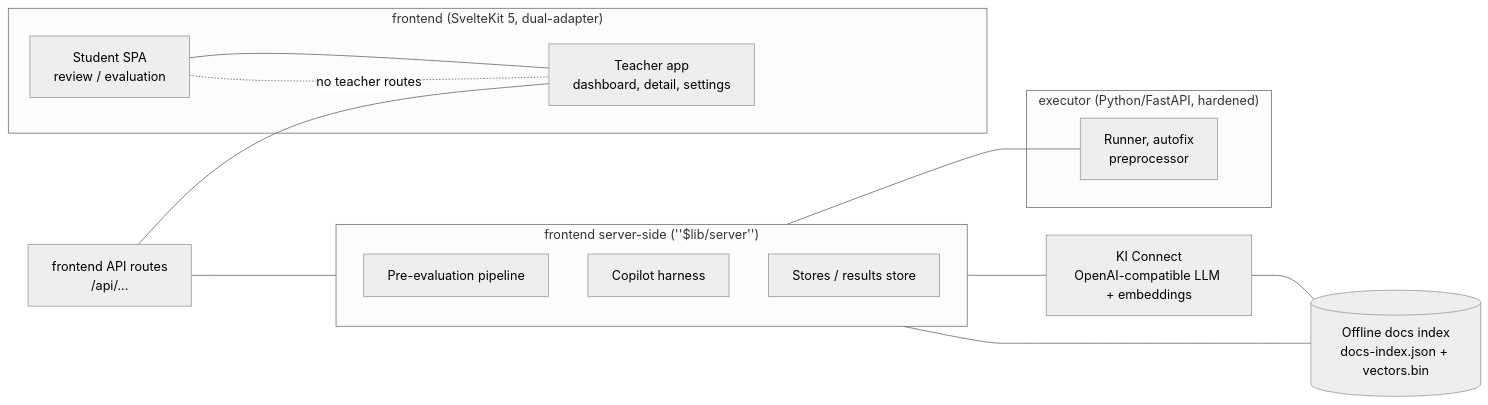
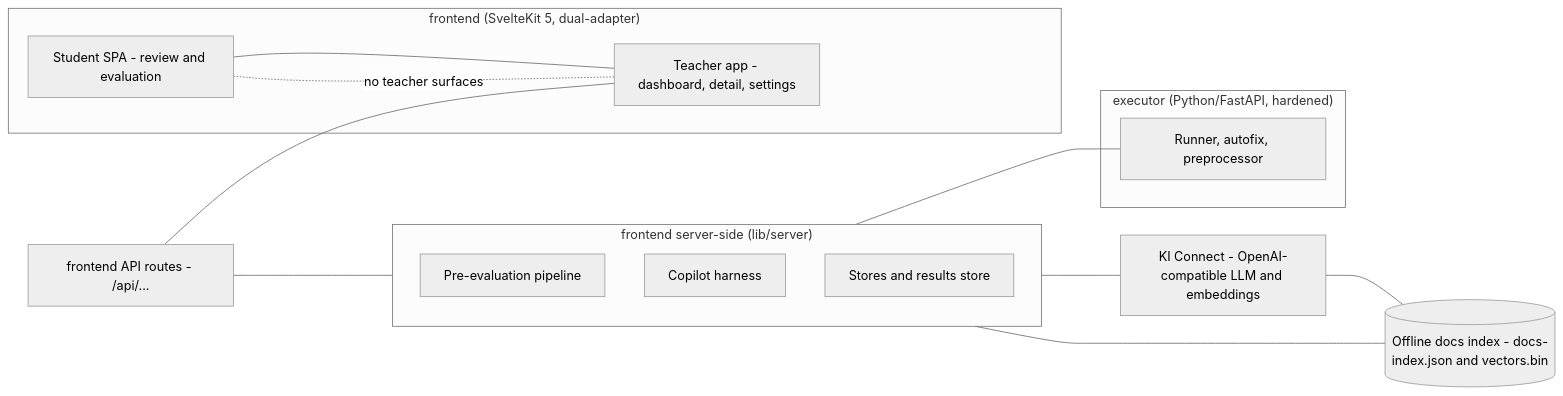
Before and after one commit to EmKaCe/scipro_review: the first of 3 diagrams in .github/references/architecture.md, drawn with Mermaid (neutral theme). The commit also changed other lines of this file and 1 other file, not shown here.

First line of the commit message:
docs: fix mermaid rendering + stale claims in architecture/concepts

````diff
--- a/.github/references/architecture.md
+++ b/.github/references/architecture.md
@@ -37,21 +37,21 @@
 ```mermaid
 flowchart LR
     subgraph frontend["frontend (SvelteKit 5, dual-adapter)"]
-        S[Student SPA<br/>review / evaluation] --- T[Teacher app<br/>dashboard, detail, settings]
-        S -. no teacher routes .- T
+        S[Student SPA - review and evaluation] --- T[Teacher app - dashboard, detail, settings]
+        S -. no teacher surfaces .- T
     end
-    F[frontend API routes<br/>/api/...] --- T
-    subgraph server["frontend server-side (''$lib/server'')"]
-        P[Pre-evaluation pipeline] 
+    F[frontend API routes - /api/...] --- T
+    subgraph server["frontend server-side (lib/server)"]
+        P[Pre-evaluation pipeline]
         C[Copilot harness]
-        R[Stores / results store]
+        R[Stores and results store]
     end
     F --- server
     subgraph executor["executor (Python/FastAPI, hardened)"]
-        EX[Runner, autofix<br/>preprocessor]
+        EX[Runner, autofix, preprocessor]
     end
     server --- EX
-    server --- KI[KI Connect<br/>OpenAI-compatible LLM + embeddings]
-    server --- DOCS[(Offline docs index<br/>docs-index.json + vectors.bin)]
+    server --- KI[KI Connect - OpenAI-compatible LLM and embeddings]
+    server --- DOCS[(Offline docs index - docs-index.json and vectors.bin)]
     KI --- DOCS
 ```
````
